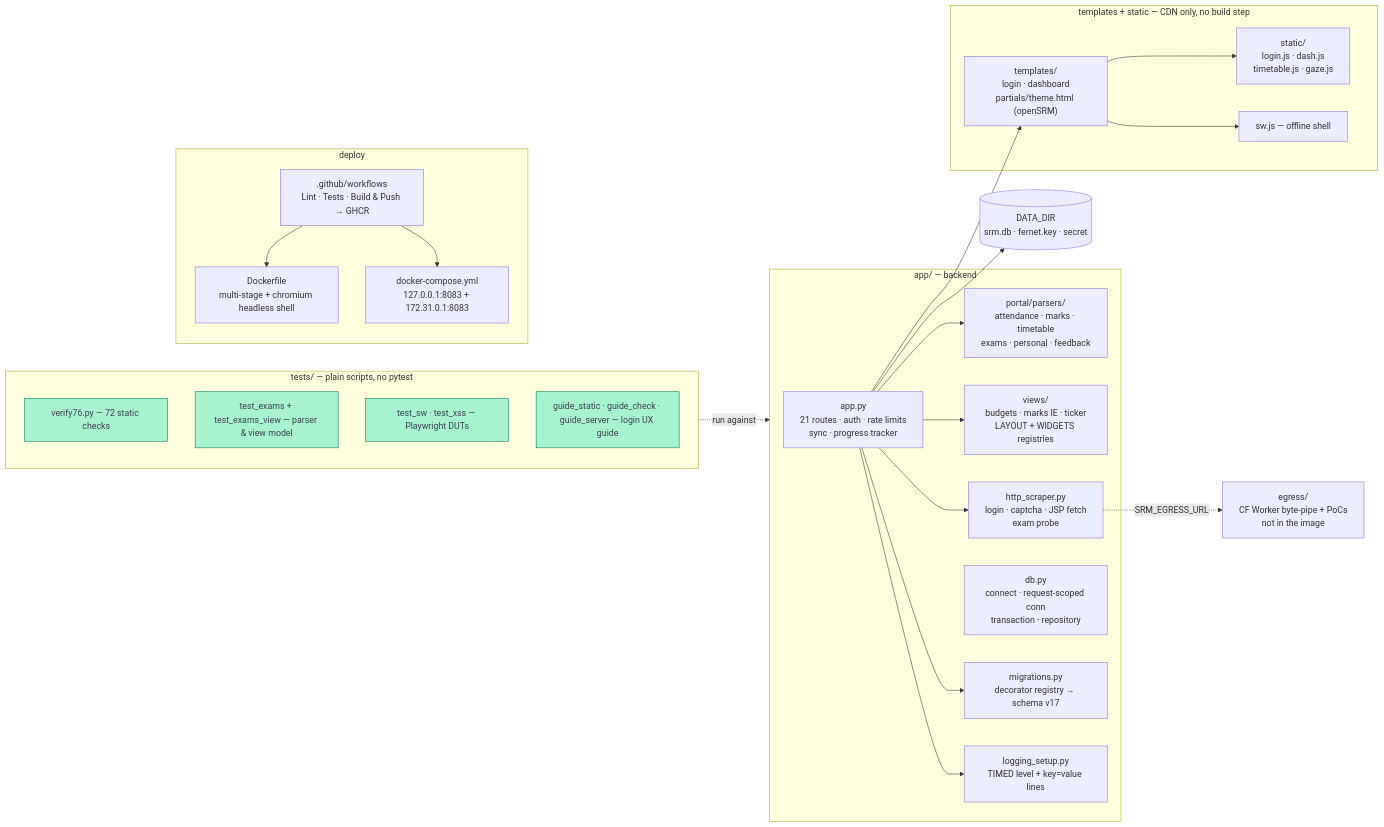
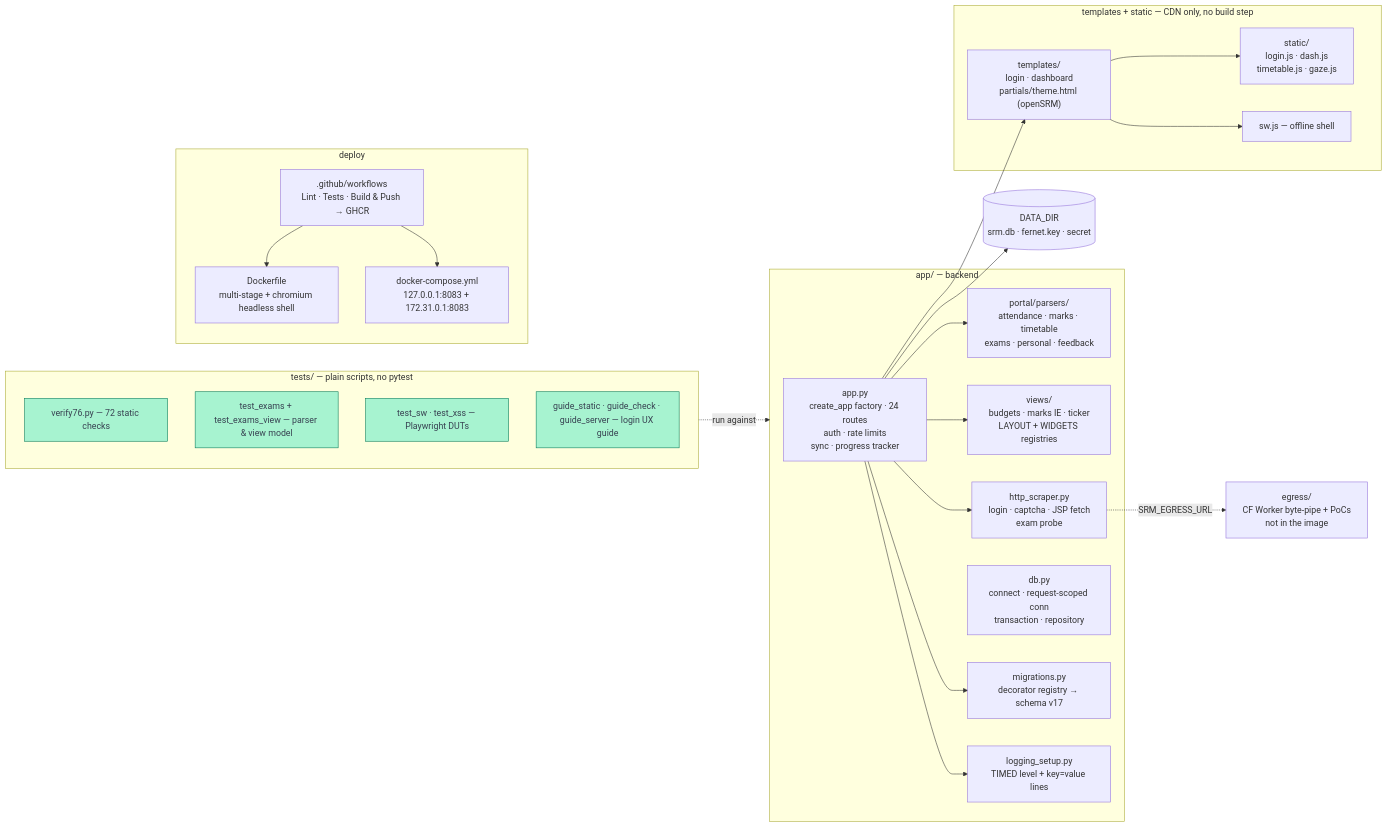
One commit to thenabbu/OpenSRM changed the third of 3 diagrams in README.md. Above: the diagram before and after it, drawn with Mermaid. The commit also changed other lines of this file and 2 other files, not shown here.

Commit message:
docs: application factory in AGENTS layout, README numbers, CONTRIBUTING
The structure docs still described import-as-boot. AGENTS.md: layout
gains app/config.py, the app.py line names the factory (data dir,
secret, migrations, OCR prewarm), db.py line notes the per-app path
resolution, migrations line + dev loop say migrations run inside
create_app (module `app = create_app()` still boots at import), test
matrix gains the test_app_factory row. README: migration registry count
corrected against the code (16 migrations -> schema v17; the old
"15 -> v16" predated migrations 16-17) and the structure diagram names
the create_app factory + 24 routes (the "21 routes" figure predated the
push endpoints). CONTRIBUTING: architecture bullet explains the factory
and what keeps app.app:app working.

````diff
--- a/README.md
+++ b/README.md
@@ -163,51 +163,51 @@
 ```mermaid
 flowchart LR
     subgraph backend["app/ — backend"]
-        APP["app.py<br/>21 routes · auth · rate limits<br/>sync · progress tracker"]
+        APP["app.py<br/>create_app factory · 24 routes<br/>auth · rate limits<br/>sync · progress tracker"]
         PARS["portal/parsers/<br/>attendance · marks · timetable<br/>exams · personal · feedback"]
         VIEWS["views/<br/>budgets · marks IE · ticker<br/>LAYOUT + WIDGETS registries"]
         SCR["http_scraper.py<br/>login · captcha · JSP fetch<br/>exam probe"]
         DB["db.py<br/>connect · request-scoped conn<br/>transaction · repository"]
         MIG["migrations.py<br/>decorator registry → schema v17"]
         LOG["logging_setup.py<br/>TIMED level + key=value lines"]
     end
 
     subgraph frontend["templates + static — CDN only, no build step"]
         TPL["templates/<br/>login · dashboard<br/>partials/theme.html (openSRM)"]
         JS["static/<br/>login.js · dash.js<br/>timetable.js · gaze.js"]
         SWJS["sw.js — offline shell"]
     end
 
     subgraph gate["tests/ — plain scripts, no pytest"]
         T1["verify76.py — 72 static checks"]
         T2["test_exams + test_exams_view — parser & view model"]
         T3["test_sw · test_xss — Playwright DUTs"]
         T4["guide_static · guide_check · guide_server — login UX guide"]
     end
 
     subgraph ship["deploy"]
         DF["Dockerfile<br/>multi-stage + chromium headless shell"]
         DC["docker-compose.yml<br/>127.0.0.1:8083 + 172.31.0.1:8083"]
         CI[".github/workflows<br/>Lint · Tests · Build & Push → GHCR"]
     end
 
     EGDIR["egress/<br/>CF Worker byte-pipe + PoCs<br/>not in the image"]
     DATA[("DATA_DIR<br/>srm.db · fernet.key · secret")]
 
     APP --> SCR
     APP --> MIG
     APP --> LOG
     APP --> PARS
     APP --> VIEWS
     APP --> TPL
     TPL --> JS
     TPL --> SWJS
     APP --> DATA
     SCR -.->|"SRM_EGRESS_URL"| EGDIR
     CI --> DF
     CI --> DC
     gate -.->|"run against"| backend
 
     classDef gatecls fill:#a7f3d0,stroke:#047857,color:#374151
     class T1,T2,T3,T4 gatecls
 ```
````
